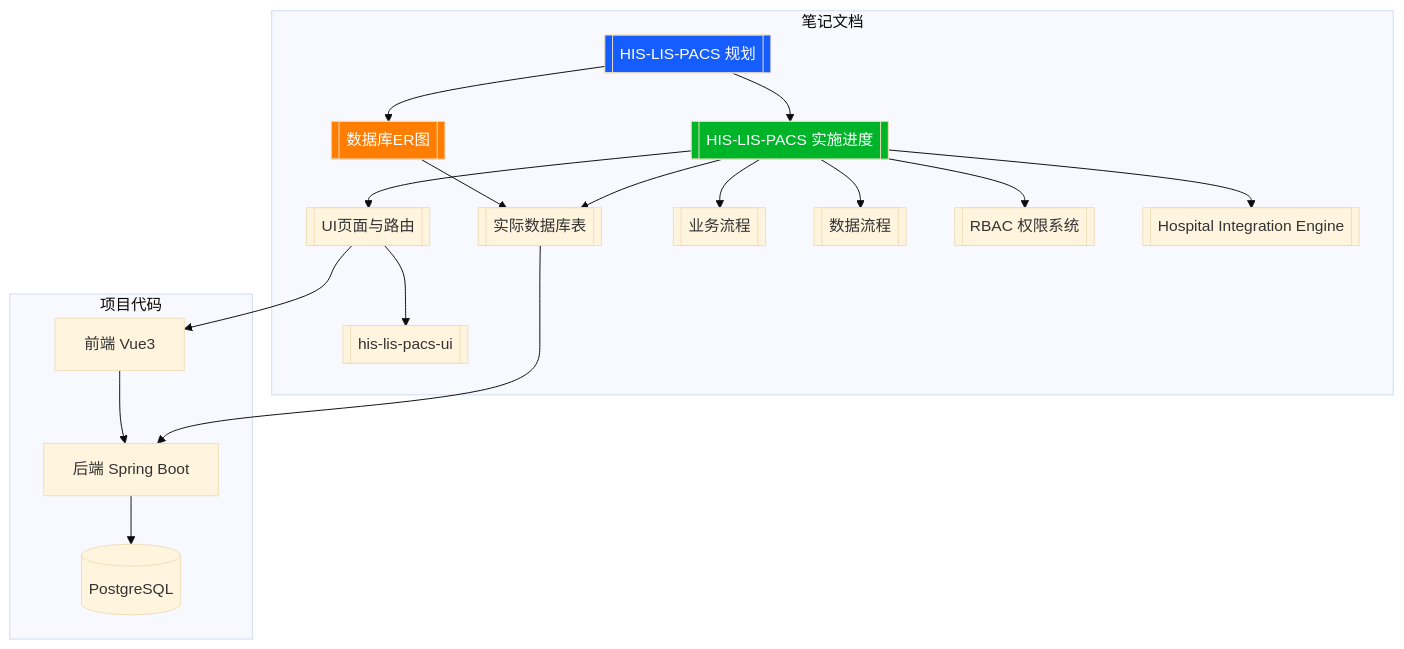
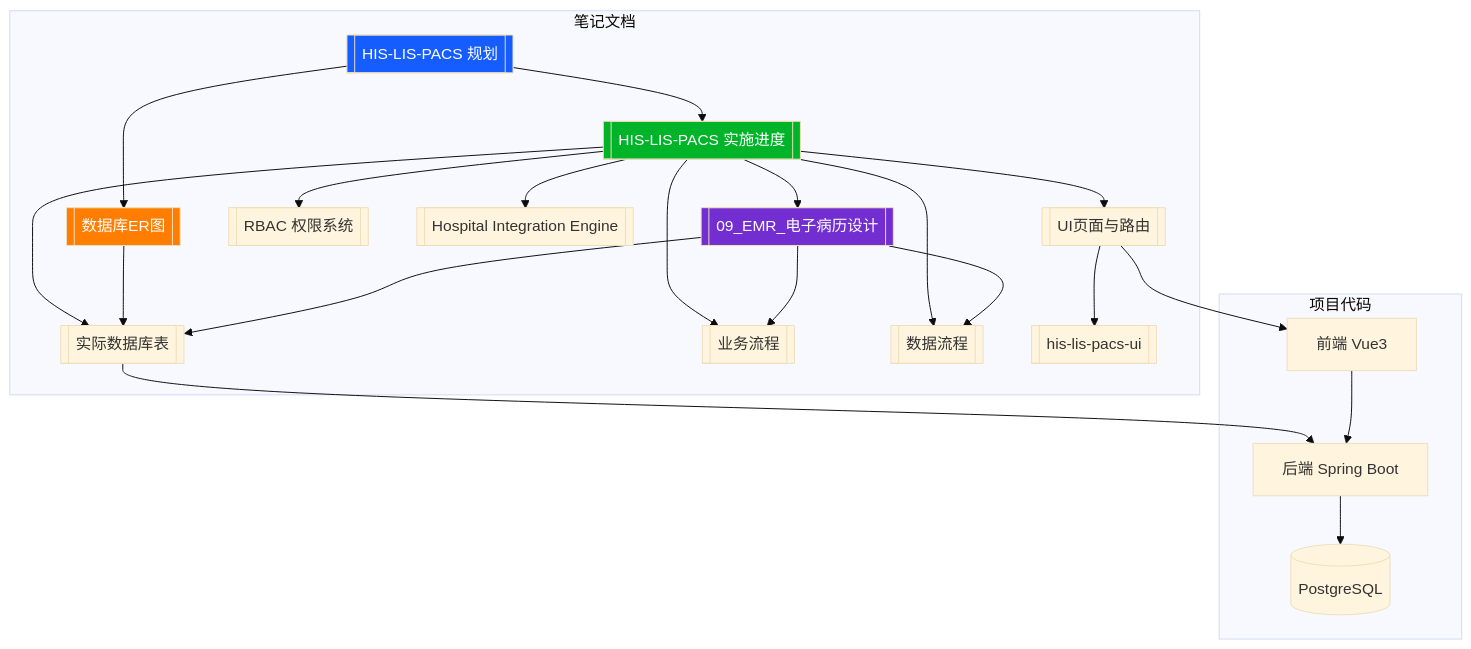
Before and after one commit to ziqiu0/obsidian-vault: the second of 2 diagrams in projects/HIS-LIS-PACS 实施进度.md, drawn with Mermaid (base theme). The commit also changed other lines of this file and 18 other files, not shown here.

````diff
--- a/projects/HIS-LIS-PACS 实施进度.md
+++ b/projects/HIS-LIS-PACS 实施进度.md
@@ -141,40 +166,46 @@
 ```mermaid
 graph TB
     subgraph 笔记文档
         P[[HIS-LIS-PACS 规划]]
         IP[[HIS-LIS-PACS 实施进度]]
         ER[[数据库ER图]]
         TB2[[实际数据库表]]
         UI[[UI页面与路由]]
         BF[[业务流程]]
         DF[[数据流程]]
         RBAC2[[RBAC 权限系统]]
         HIE[[Hospital Integration Engine]]
         UIDESIGN[[his-lis-pacs-ui]]
+        EMR[[09_EMR_电子病历设计]]
     end
 
     subgraph 项目代码
         FE[前端 Vue3]
         BE[后端 Spring Boot]
         DB[(PostgreSQL)]
     end
 
     P --> IP
     P --> ER
     IP --> TB2
     IP --> UI
     IP --> BF
     IP --> DF
     ER --> TB2
     UI --> UIDESIGN
     TB2 --> BE
     UI --> FE
     BE --> DB
     FE --> BE
     IP --> RBAC2
     IP --> HIE
+    IP --> EMR
+    EMR --> BF
+    EMR --> DF
+    EMR --> TB2
 
     style P fill:#165DFF,color:#fff
     style IP fill:#00B42A,color:#fff
     style ER fill:#FF7D00,color:#fff
+    style EMR fill:#722ED1,color:#fff
 ```
````
